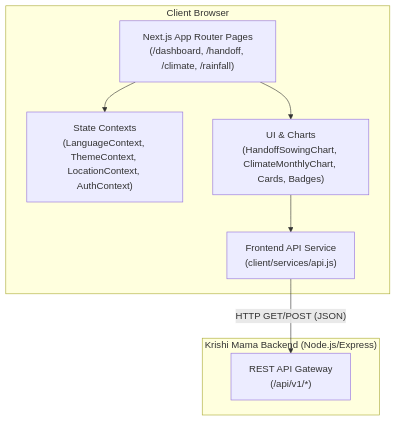
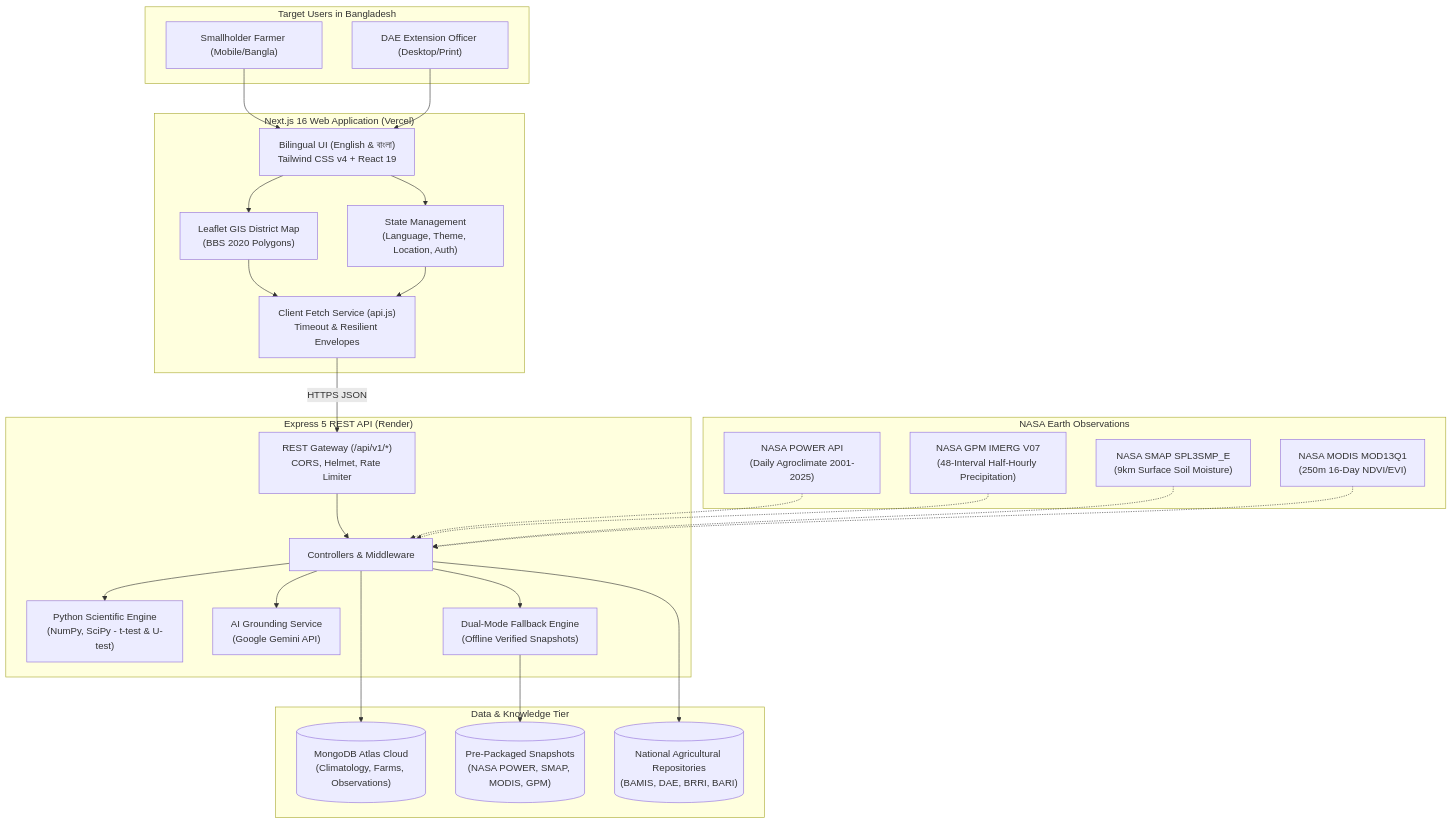
One commit to mahjabin-alif-lamiya/krishi-mama changed the diagram in README.md. Above: the diagram before and after it, drawn with Mermaid. The commit also changed other lines of this file and 1 other file, not shown here.

````diff
--- a/README.md
+++ b/README.md
@@ -121,18 +120,57 @@
 ```mermaid
 flowchart TD
-    subgraph Browser ["Client Browser"]
-        UI["Next.js App Router Pages\n(/dashboard, /handoff, /climate, /rainfall)"]
-        Contexts["State Contexts\n(LanguageContext, ThemeContext, LocationContext, AuthContext)"]
-        Components["UI & Charts\n(HandoffSowingChart, ClimateMonthlyChart, Cards, Badges)"]
-        ApiClient["Frontend API Service\n(client/services/api.js)"]
+    subgraph Users ["Target Users in Bangladesh"]
+        Farmer["Smallholder Farmer (Mobile/Bangla)"]
+        Officer["DAE Extension Officer (Desktop/Print)"]
     end
 
-    subgraph Backend ["Krishi Mama Backend (Node.js/Express)"]
-        ApiRoutes["REST API Gateway\n(/api/v1/*)"]
+    subgraph Frontend ["Next.js 16 Web Application (Vercel)"]
+        UI["Bilingual UI (English & বাংলা)\nTailwind CSS v4 + React 19"]
+        Contexts["State Management\n(Language, Theme, Location, Auth)"]
+        GIS["Leaflet GIS District Map\n(BBS 2020 Polygons)"]
+        ClientAPI["Client Fetch Service (api.js)\nTimeout & Resilient Envelopes"]
     end
 
+    subgraph Backend ["Express 5 REST API (Render)"]
+        Router["REST Gateway (/api/v1/*)\nCORS, Helmet, Rate Limiter"]
+        Controllers["Controllers & Middleware"]
+        PyEngine["Python Scientific Engine\n(NumPy, SciPy - t-test & U-test)"]
+        AIService["AI Grounding Service\n(Google Gemini API)"]
+        OfflineSnap["Dual-Mode Fallback Engine\n(Offline Verified Snapshots)"]
+    end
+
+    subgraph DataStorage ["Data & Knowledge Tier"]
+        MongoDB[("MongoDB Atlas Cloud\n(Climatology, Farms, Observations)")]
+        LocalJSON[("Pre-Packaged Snapshots\n(NASA POWER, SMAP, MODIS, GPM)")]
+        NationalAgri[("National Agricultural Repositories\n(BAMIS, DAE, BRRI, BARI)")]
+    end
+
+    subgraph SatelliteTier ["NASA Earth Observations"]
+        POWER["NASA POWER API\n(Daily Agroclimate 2001-2025)"]
+        GPM["NASA GPM IMERG V07\n(48-Interval Half-Hourly Precipitation)"]
+        SMAP["NASA SMAP SPL3SMP_E\n(9km Surface Soil Moisture)"]
+        MODIS["NASA MODIS MOD13Q1\n(250m 16-Day NDVI/EVI)"]
+    end
+
+    Farmer --> UI
+    Officer --> UI
     UI --> Contexts
-    UI --> Components
-    Components --> ApiClient
-    ApiClient -- "HTTP GET/POST (JSON)" --> ApiRoutes
+    UI --> GIS
+    GIS --> ClientAPI
+    Contexts --> ClientAPI
+    ClientAPI -- "HTTPS JSON" --> Router
+
+    Router --> Controllers
+    Controllers --> PyEngine
+    Controllers --> AIService
+    Controllers --> OfflineSnap
+
+    Controllers --> MongoDB
+    OfflineSnap --> LocalJSON
+    Controllers --> NationalAgri
+
+    POWER -.-> Controllers
+    GPM -.-> Controllers
+    SMAP -.-> Controllers
+    MODIS -.-> Controllers
 ```
````
